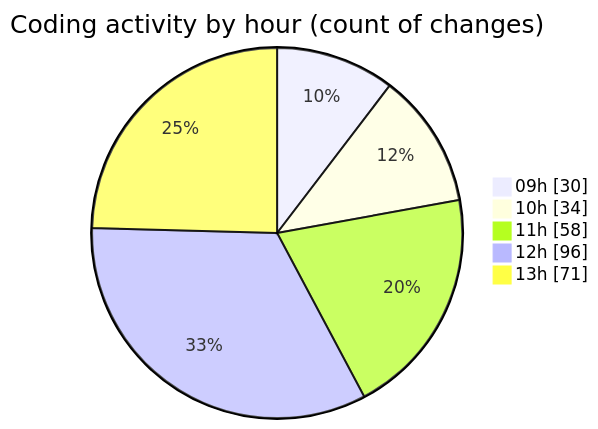
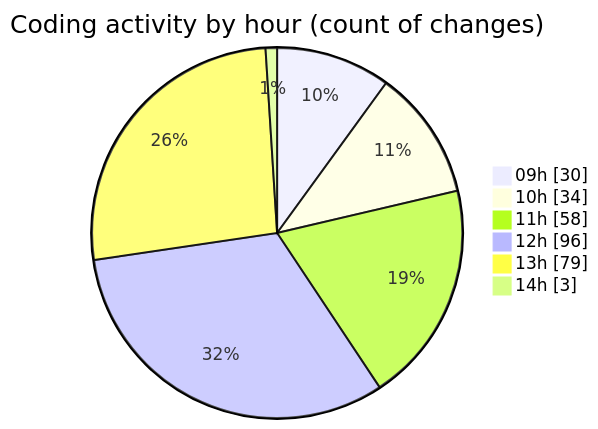
One commit to momahboobian/code-tracking changed the second of 2 diagrams in 2025-04-02/cda/README.md. Above: the diagram before and after it, drawn with Mermaid. The commit also changed other lines of this file and 1 other file, not shown here.

````diff
--- a/2025-04-02/cda/README.md
+++ b/2025-04-02/cda/README.md
@@ -36,9 +36,10 @@
 ```mermaid
 pie showData
 title Coding activity by hour (count of changes)
 "09h" : 30
 "10h" : 34
 "11h" : 58
 "12h" : 96
-"13h" : 71
+"13h" : 79
+"14h" : 3
 ```
````
